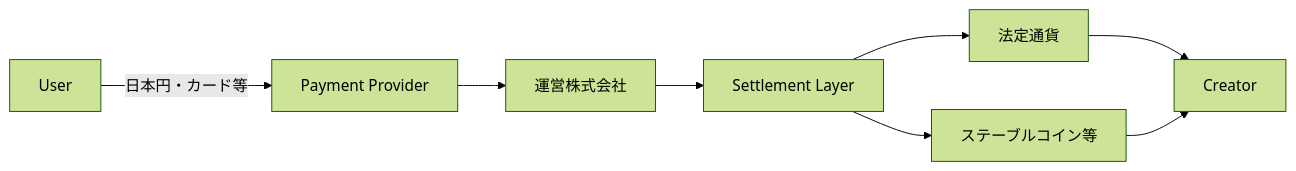
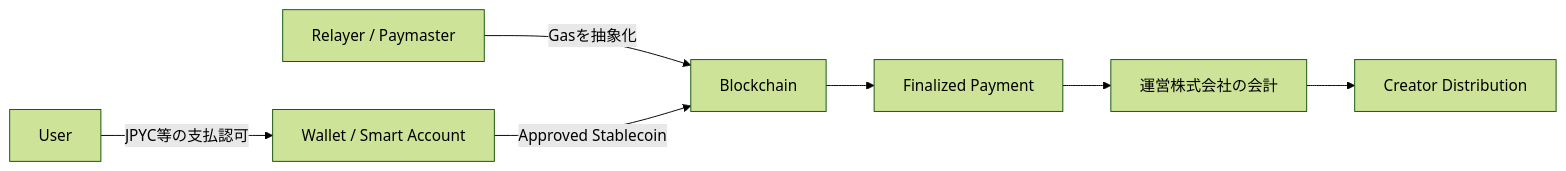
One commit to ShigeichiroYamasaki/creator-first-platform changed the eighth of 17 diagrams in docs/whitepaper/03-rights-and-money.md. Above: the diagram before and after it, drawn with Mermaid (forest theme). The commit also changed other lines of this file and 16 other files, not shown here.

Commit message:
Align JPYC payments and sponsored SBT flows

````diff
--- a/docs/whitepaper/03-rights-and-money.md
+++ b/docs/whitepaper/03-rights-and-money.md
@@ -203,10 +205,9 @@
 ```mermaid
 flowchart LR
-    USER[User] -->|日本円・カード等| FIAT[Payment Provider]
-    FIAT --> CORP[運営株式会社]
-    CORP --> SETTLE[Settlement Layer]
-    SETTLE --> FIATPAY[法定通貨]
-    SETTLE --> STABLE[ステーブルコイン等]
-    FIATPAY --> CREATOR[Creator]
-    STABLE --> CREATOR
+    USER[User] -->|JPYC等の支払認可| WALLET[Wallet / Smart Account]
+    SPONSOR[Relayer / Paymaster] -->|Gasを抽象化| CHAIN[Blockchain]
+    WALLET -->|Approved Stablecoin| CHAIN
+    CHAIN --> FINAL[Finalized Payment]
+    FINAL --> CORP[運営株式会社の会計]
+    CORP --> CREATOR[Creator Distribution]
 ```
````
